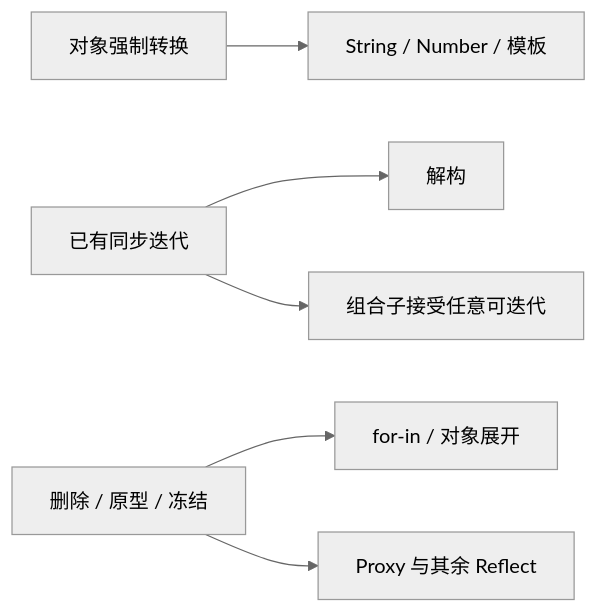
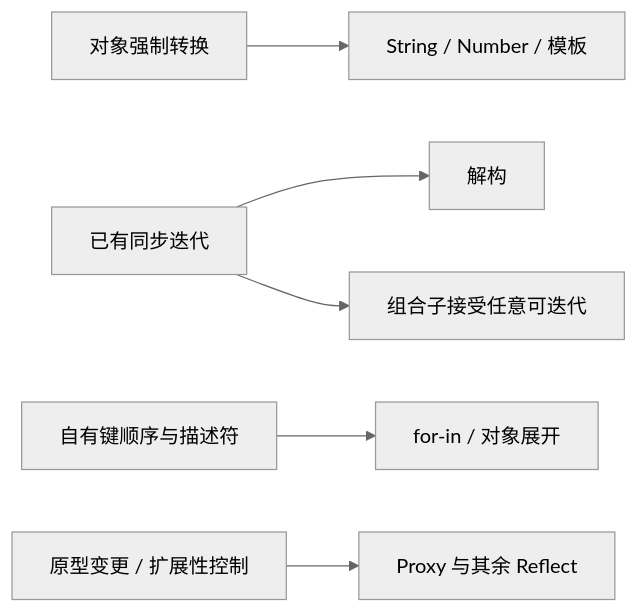
The diagram in docs/gaps.md (codehz/yield-js), drawn with Mermaid (neutral theme) before and after one commit. The commit also changed other lines of this file and 11 other files, not shown here.

````diff
--- a/docs/gaps.md
+++ b/docs/gaps.md
@@ -95,8 +94,8 @@
 ```mermaid
 flowchart LR
   C[对象强制转换] --> S[String / Number / 模板]
   I[已有同步迭代] --> D[解构]
   I --> P[组合子接受任意可迭代]
-  K[删除 / 原型 / 冻结] --> N[for-in / 对象展开]
-  K --> R[Proxy 与其余 Reflect]
+  E[自有键顺序与描述符] --> N[for-in / 对象展开]
+  K[原型变更 / 扩展性控制] --> R[Proxy 与其余 Reflect]
 ```
````
